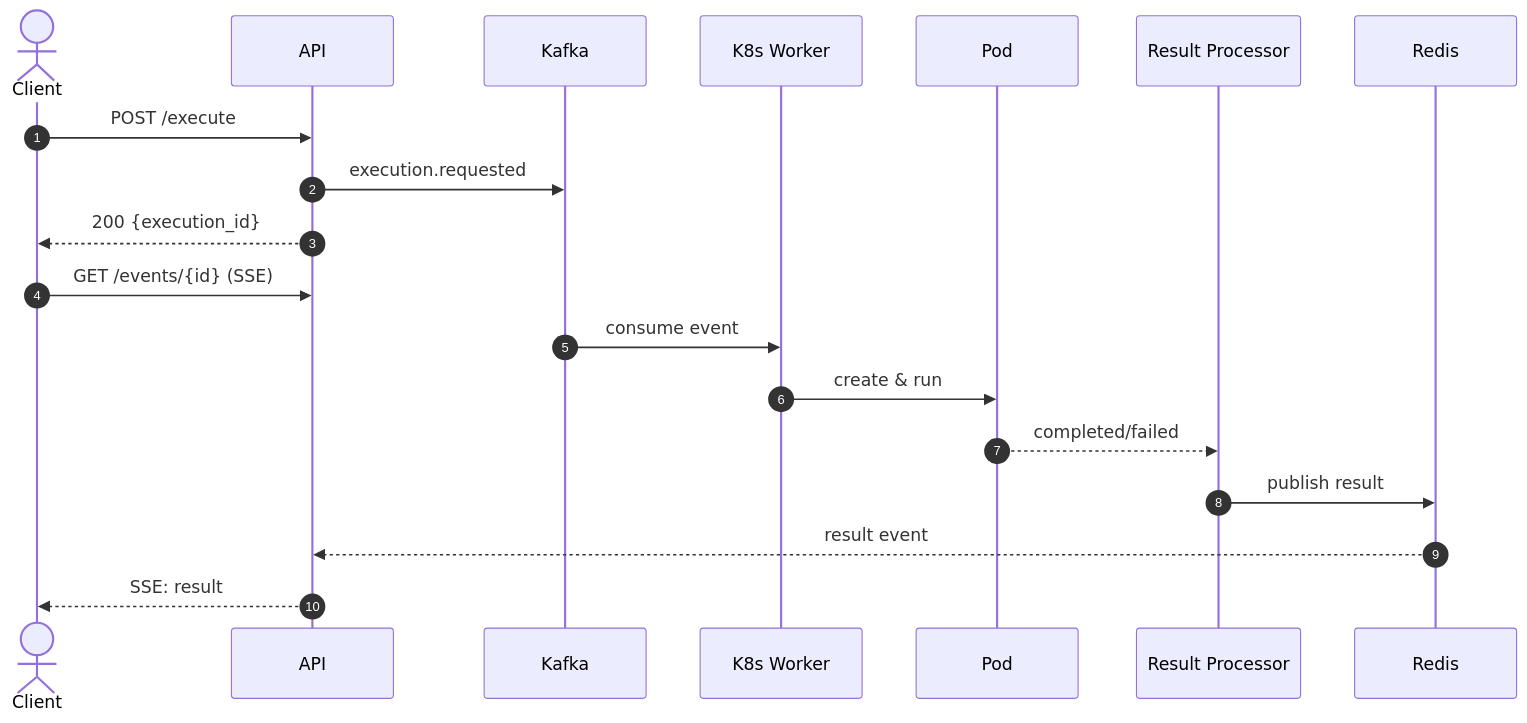
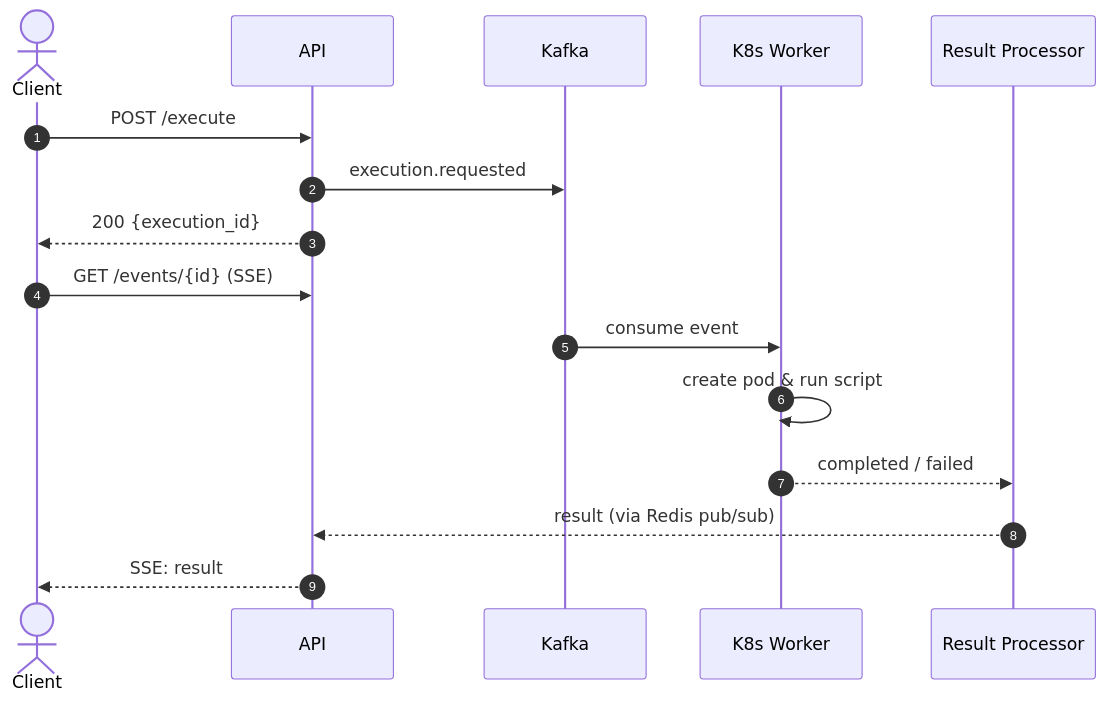
One commit to HardMax71/Integr8sCode changed the second of 4 diagrams in docs/architecture/overview.md. Above: the diagram before and after it, drawn with Mermaid. The commit also changed other lines of this file and 68 other files, not shown here.

````diff
--- a/docs/architecture/overview.md
+++ b/docs/architecture/overview.md
@@ -110,22 +85,22 @@
 ```mermaid
 sequenceDiagram
     autonumber
     actor Client
     participant API
     participant Kafka
     participant K8s as K8s Worker
-    participant Pod
     participant Result as Result Processor
-    participant Redis
 
     Client->>API: POST /execute
     API->>Kafka: execution.requested
     API-->>Client: 200 {execution_id}
     Client->>API: GET /events/{id} (SSE)
     Kafka->>K8s: consume event
-    K8s->>Pod: create & run
-    Pod-->>Result: completed/failed
-    Result->>Redis: publish result
-    Redis-->>API: result event
+    K8s->>K8s: create pod & run script
+    K8s-->>Result: completed / failed
+    Result-->>API: result (via Redis pub/sub)
     API-->>Client: SSE: result
+
+    link K8s: Docs @ ../../components/workers/k8s_worker/
+    link Result: Docs @ ../../components/workers/result_processor/
 ```
````
